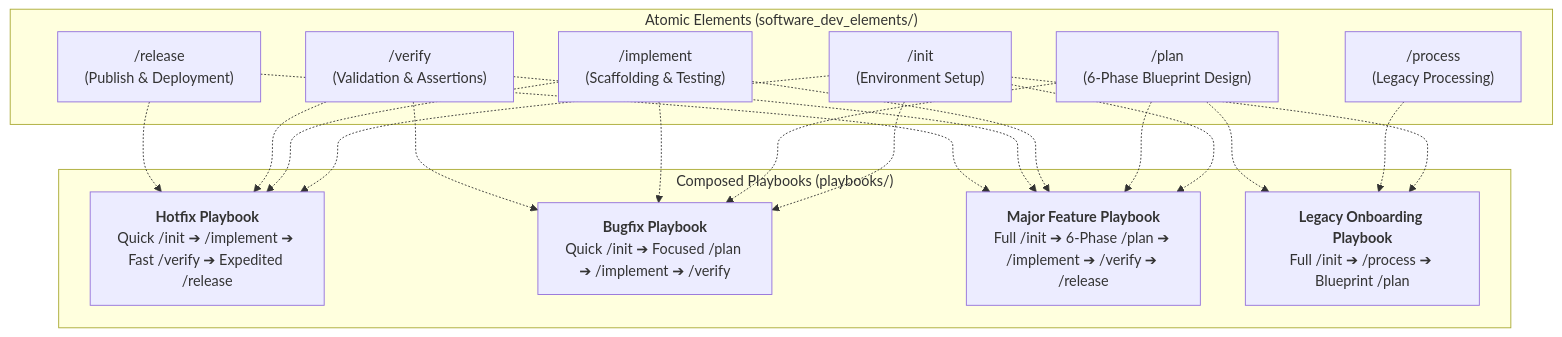
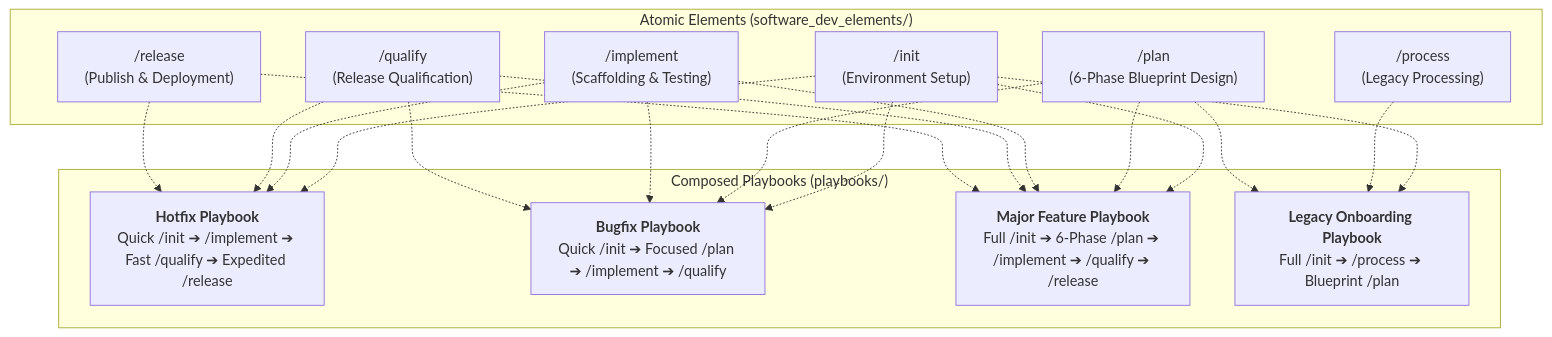
Before and after one commit to hrvthgergo/agent-driven-templates: the diagram in README.md, drawn with Mermaid. The commit also changed other lines of this file and 10 other files, not shown here.

Commit message:
docs: rename /verify to /qualify workflow and add design vocabulary rationale

````diff
--- a/README.md
+++ b/README.md
@@ -40,38 +81,38 @@
 ```mermaid
 graph TD
     subgraph "Atomic Elements (software_dev_elements/)"
         Init["/init<br/>(Environment Setup)"]
         Process["/process<br/>(Legacy Processing)"]
         Plan["/plan<br/>(6-Phase Blueprint Design)"]
         Implement["/implement<br/>(Scaffolding & Testing)"]
-        Verify["/verify<br/>(Validation & Assertions)"]
+        Qualify["/qualify<br/>(Release Qualification)"]
         Release["/release<br/>(Publish & Deployment)"]
     end
 
     subgraph "Composed Playbooks (playbooks/)"
-        Hotfix["<b>Hotfix Playbook</b><br/>Quick /init ➔ /implement ➔ Fast /verify ➔ Expedited /release"]
-        Bugfix["<b>Bugfix Playbook</b><br/>Quick /init ➔ Focused /plan ➔ /implement ➔ /verify"]
-        Feature["<b>Major Feature Playbook</b><br/>Full /init ➔ 6-Phase /plan ➔ /implement ➔ /verify ➔ /release"]
+        Hotfix["<b>Hotfix Playbook</b><br/>Quick /init ➔ /implement ➔ Fast /qualify ➔ Expedited /release"]
+        Bugfix["<b>Bugfix Playbook</b><br/>Quick /init ➔ Focused /plan ➔ /implement ➔ /qualify"]
+        Feature["<b>Major Feature Playbook</b><br/>Full /init ➔ 6-Phase /plan ➔ /implement ➔ /qualify ➔ /release"]
         Legacy["<b>Legacy Onboarding Playbook</b><br/>Full /init ➔ /process ➔ Blueprint /plan"]
     end
 
     Init -.-> Hotfix
     Implement -.-> Hotfix
-    Verify -.-> Hotfix
+    Qualify -.-> Hotfix
     Release -.-> Hotfix
 
     Init -.-> Bugfix
     Plan -.-> Bugfix
     Implement -.-> Bugfix
-    Verify -.-> Bugfix
+    Qualify -.-> Bugfix
 
     Init -.-> Feature
     Plan -.-> Feature
     Implement -.-> Feature
-    Verify -.-> Feature
+    Qualify -.-> Feature
     Release -.-> Feature
 
     Init -.-> Legacy
     Process -.-> Legacy
     Plan -.-> Legacy
 ```
````
